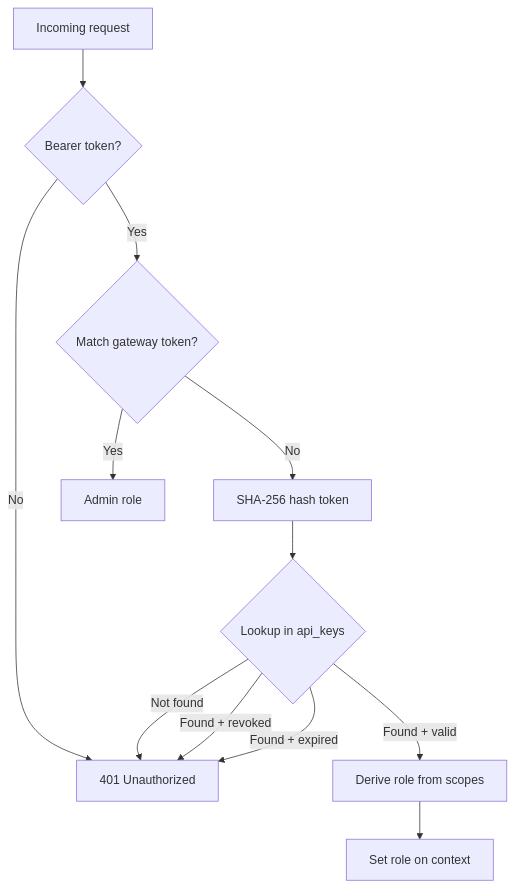
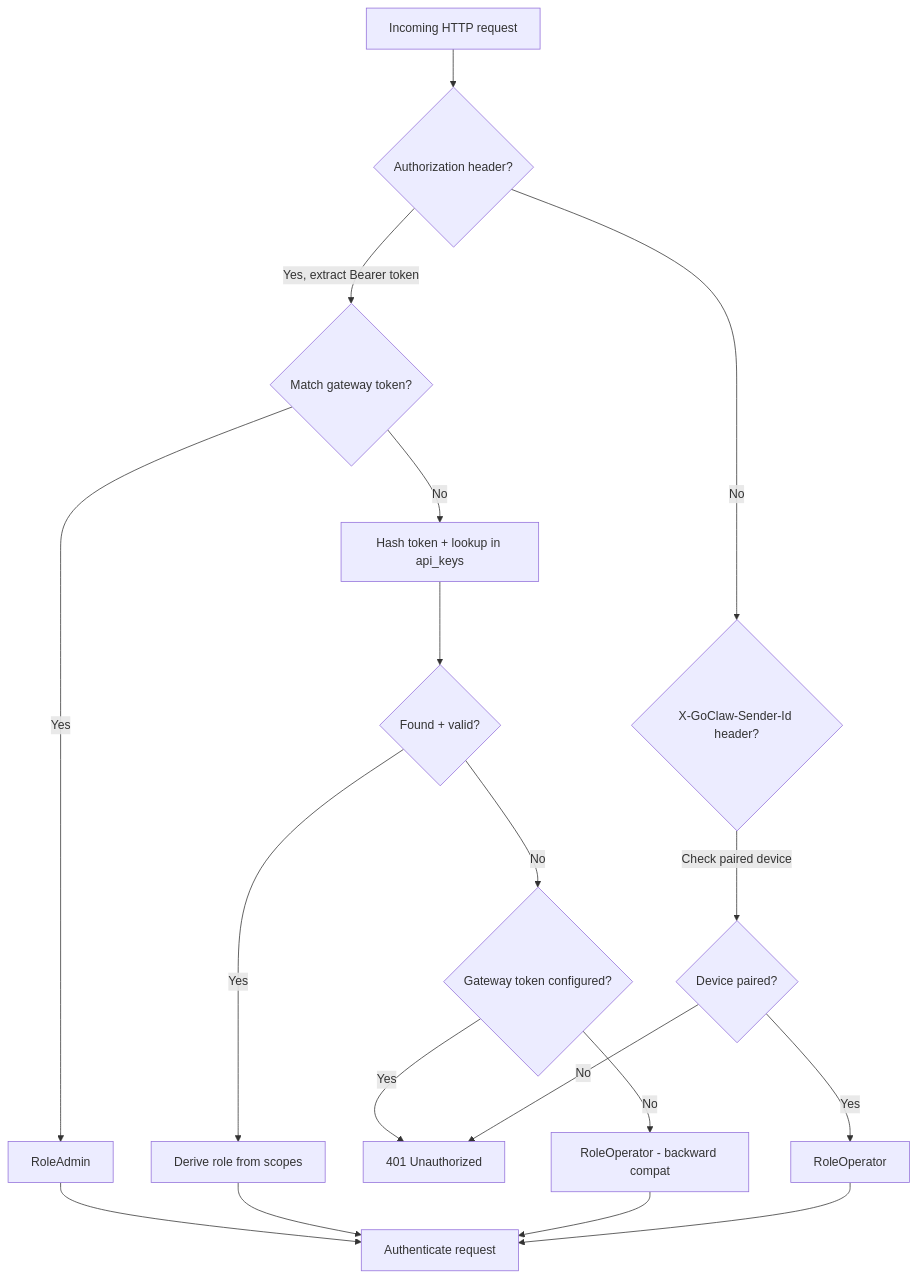
The diagram in docs/20-api-keys-auth.md (qkhalk/goclaw), drawn with Mermaid before and after one commit. The commit also changed other lines of this file and 22 other files, not shown here.

````diff
--- a/docs/20-api-keys-auth.md
+++ b/docs/20-api-keys-auth.md
@@ -93,14 +108,20 @@
 ```mermaid
 flowchart TD
-    A[Incoming request] --> B{Bearer token?}
-    B -->|No| C[401 Unauthorized]
-    B -->|Yes| D{Match gateway token?}
-    D -->|Yes| E[Admin role]
-    D -->|No| F[SHA-256 hash token]
-    F --> G{Lookup in api_keys}
-    G -->|Not found| C
-    G -->|Found + revoked| C
-    G -->|Found + expired| C
-    G -->|Found + valid| H[Derive role from scopes]
-    H --> I[Set role on context]
+    A[Incoming HTTP request] --> B{Authorization header?}
+    B -->|No| C{X-GoClaw-Sender-Id header?}
+    B -->|Yes, extract Bearer token| D{Match gateway token?}
+    D -->|Yes| E[RoleAdmin]
+    D -->|No| F[Hash token + lookup in api_keys]
+    F --> G{Found + valid?}
+    G -->|Yes| H[Derive role from scopes]
+    G -->|No| I{Gateway token configured?}
+    I -->|Yes| J[401 Unauthorized]
+    I -->|No| K[RoleOperator - backward compat]
+    C -->|Check paired device| L{Device paired?}
+    L -->|Yes| M[RoleOperator]
+    L -->|No| J
+    E --> N[Authenticate request]
+    H --> N
+    K --> N
+    M --> N
 ```
````
